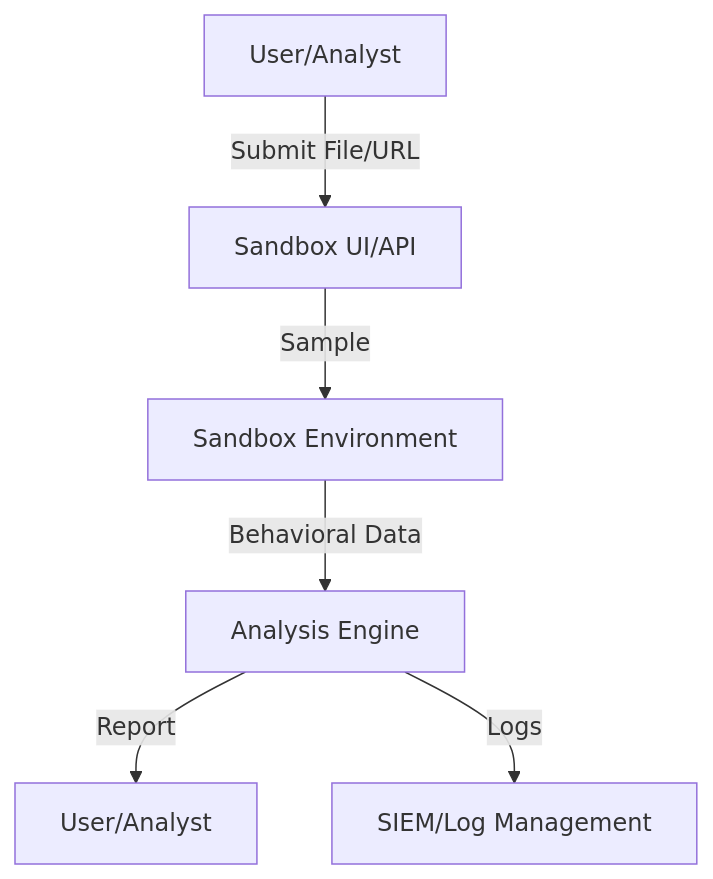
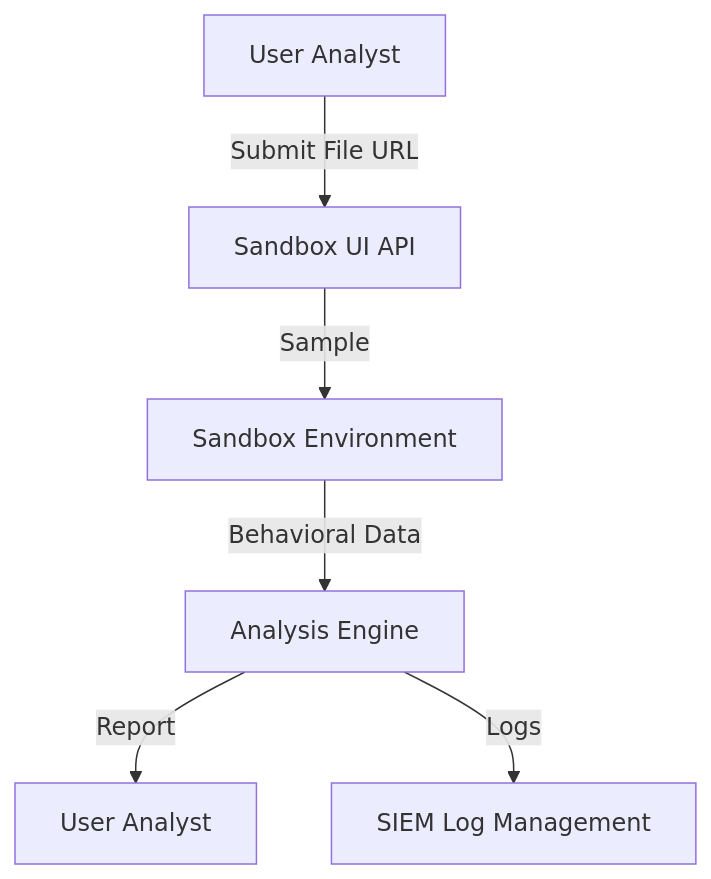
One commit to TheHaywire/special-waffle changed the second of 2 diagrams in docs/architecture/endpoint_security.md. Above: the diagram before and after it, drawn with Mermaid. The commit also changed other lines of this file and 9 other files, not shown here.

Commit message:
fix(docs): systematically fix all Mermaid diagrams for compatibility and clarity across architecture and industry guides

````diff
--- a/docs/architecture/endpoint_security.md
+++ b/docs/architecture/endpoint_security.md
@@ -35,8 +35,8 @@
 ```mermaid
 flowchart TD
-    A[User/Analyst] -->|Submit File/URL| B[Sandbox UI/API]
+    A[User Analyst] -->|Submit File URL| B[Sandbox UI API]
     B -->|Sample| C[Sandbox Environment]
     C -->|Behavioral Data| D[Analysis Engine]
-    D -->|Report| E[User/Analyst]
-    D -->|Logs| F[SIEM/Log Management]
+    D -->|Report| E[User Analyst]
+    D -->|Logs| F[SIEM Log Management]
 ```
````
